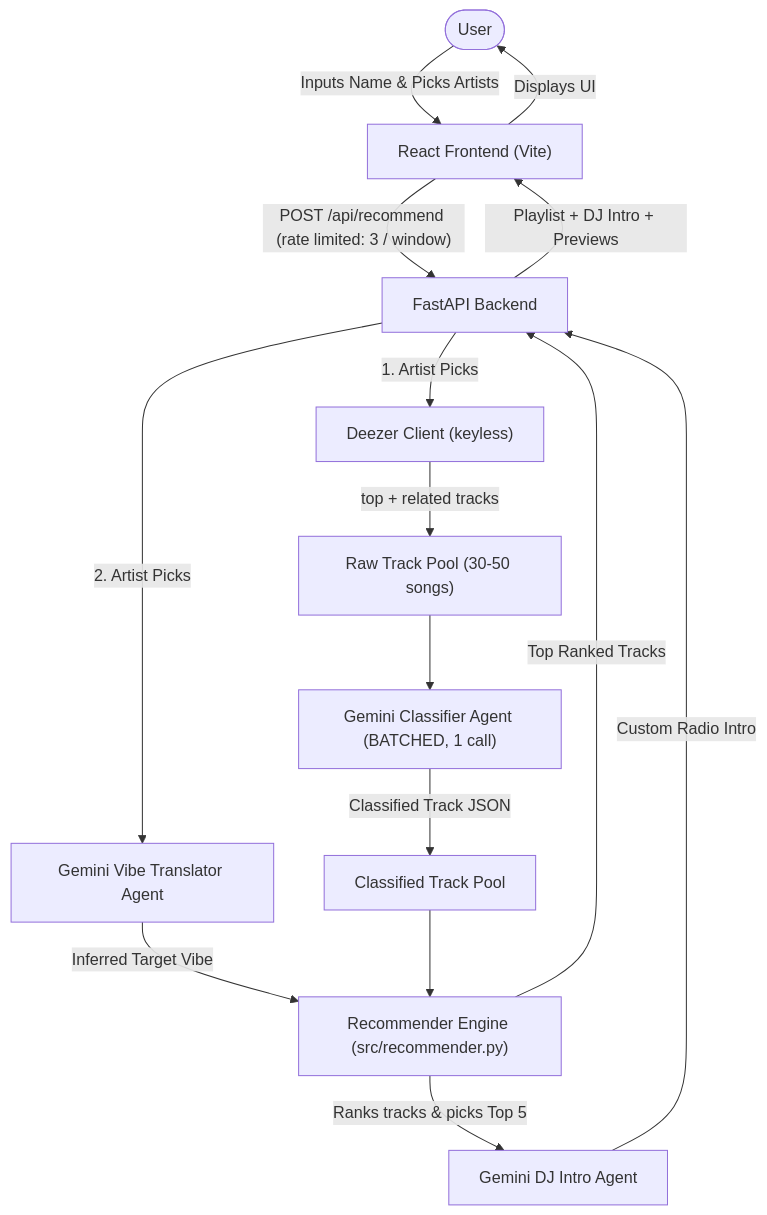
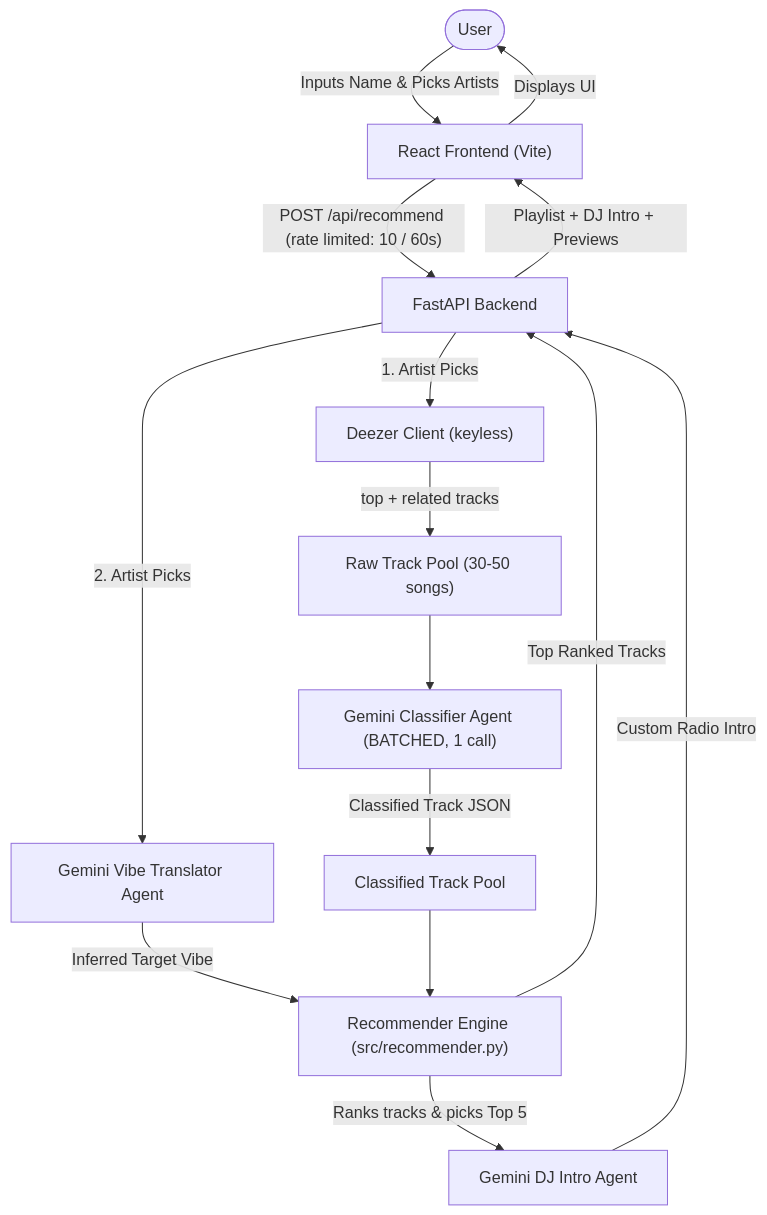
Before and after one commit to Of-Arte/VibeFinder2.0: the diagram in assets/diagrams/architecture.mmd, drawn with Mermaid. The commit also changed 6 other files, not shown here.

Commit message:
feat: implement rate limiting window adjustments to avoid sending too many requests

```diff
--- a/assets/diagrams/architecture.mmd
+++ b/assets/diagrams/architecture.mmd
@@ -1,20 +1,20 @@
 graph TD
     User([User]) -->|Inputs Name & Picks Artists| React["React Frontend (Vite)"]
-    React -->|"POST /api/recommend (rate limited: 3 / window)"| FastAPI["FastAPI Backend"]
+    React -->|"POST /api/recommend (rate limited: 10 / 60s)"| FastAPI["FastAPI Backend"]
 
     FastAPI -->|1. Artist Picks| Fetcher["Deezer Client (keyless)"]
     Fetcher -->|top + related tracks| RawPool["Raw Track Pool (30-50 songs)"]
 
     RawPool --> GeminiClass["Gemini Classifier Agent (BATCHED, 1 call)"]
     GeminiClass -->|Classified Track JSON| ScorablePool["Classified Track Pool"]
 
     FastAPI -->|2. Artist Picks| GeminiVibe["Gemini Vibe Translator Agent"]
     GeminiVibe -->|Inferred Target Vibe| Scoring["Recommender Engine (src/recommender.py)"]
 
     ScorablePool --> Scoring
     Scoring -->|Ranks tracks & picks Top 5| GeminiDJ["Gemini DJ Intro Agent"]
     GeminiDJ -->|Custom Radio Intro| FastAPI
 
     Scoring -->|Top Ranked Tracks| FastAPI
     FastAPI -->|Playlist + DJ Intro + Previews| React
     React -->|Displays UI| User
```
